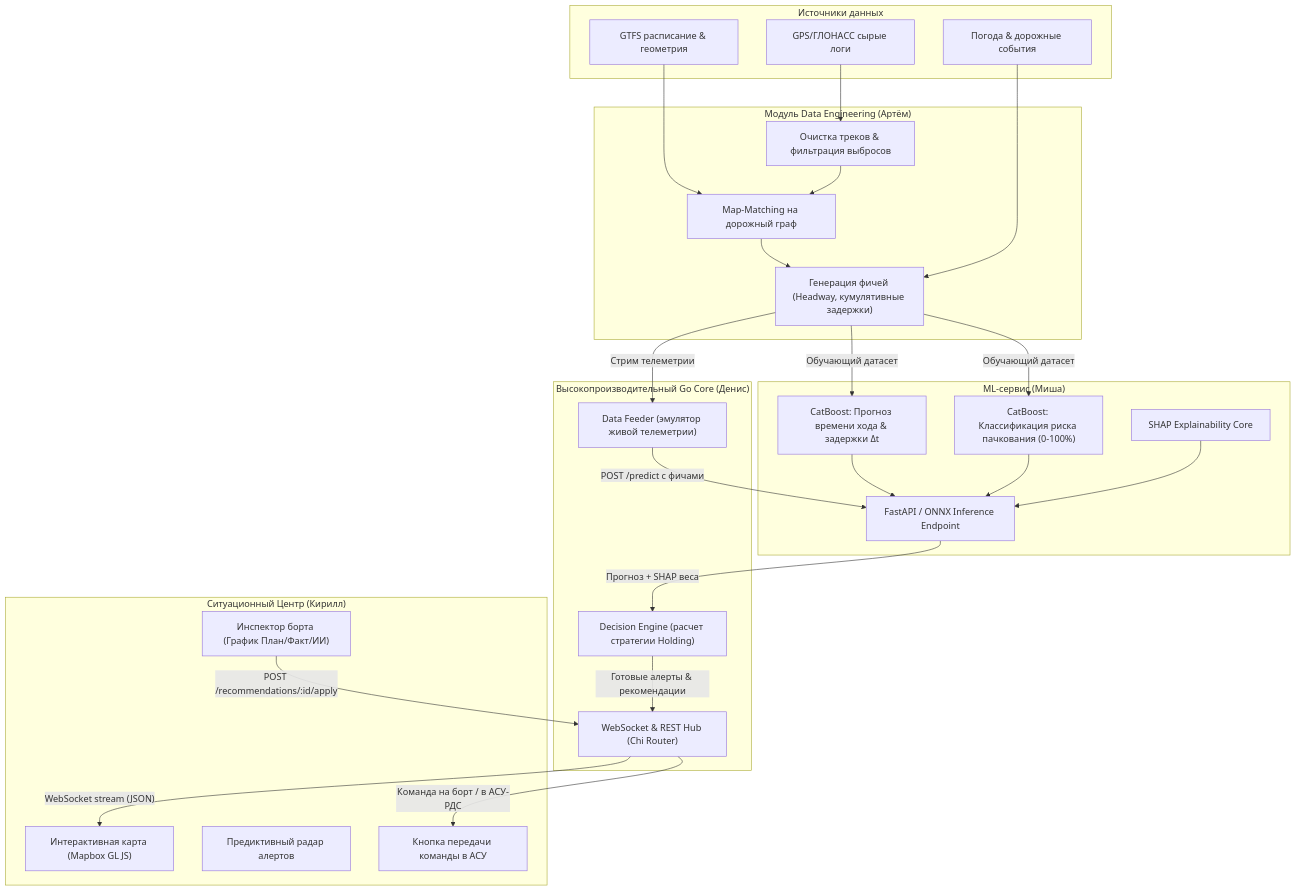
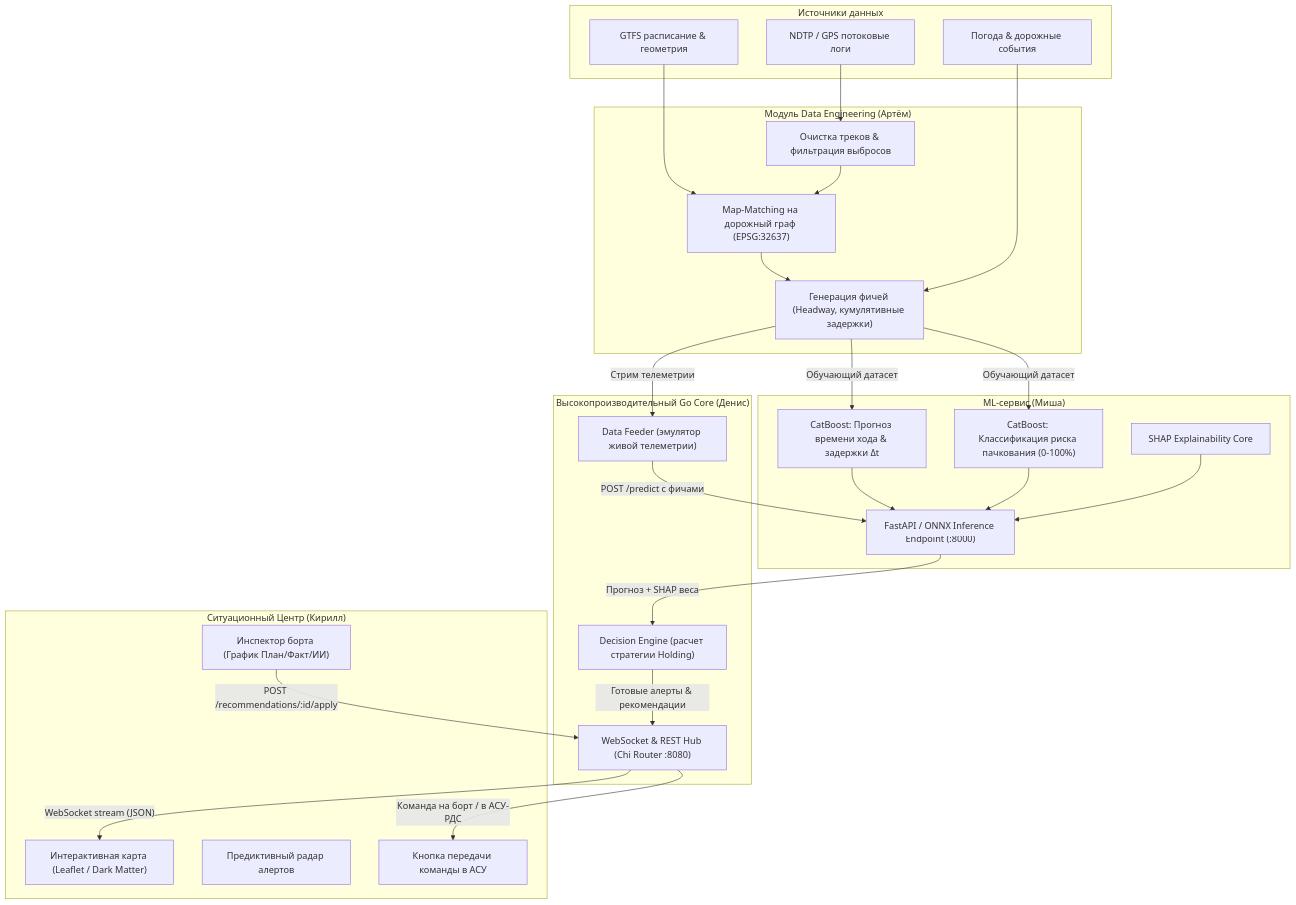
The first of 3 diagrams in docs/architecture.md (teamv39/mt-hack_predictor), drawn with Mermaid before and after one commit. The commit also changed other lines of this file and 6 other files, not shown here.

First line of the commit message:
feat(infra): configure Docker containerization and document architecture

````diff
--- a/docs/architecture.md
+++ b/docs/architecture.md
@@ -7,55 +7,55 @@
 ```mermaid
 graph TD
     subgraph Data Sources ["Источники данных"]
-        RawGPS["GPS/ГЛОНАСС сырые логи"]
+        RawGPS["NDTP / GPS потоковые логи"]
         GTFS["GTFS расписание & геометрия"]
         Weather["Погода & дорожные события"]
     end
 
     subgraph DataEngine ["Модуль Data Engineering (Артём)"]
         Clean["Очистка треков & фильтрация выбросов"]
-        MapMatch["Map-Matching на дорожный граф"]
+        MapMatch["Map-Matching на дорожный граф (EPSG:32637)"]
         FeatureGen["Генерация фичей (Headway, кумулятивные задержки)"]
     end
 
     subgraph MLEngine ["ML-сервис (Миша)"]
         CatBoostReg["CatBoost: Прогноз времени хода & задержки Δt"]
         CatBoostClf["CatBoost: Классификация риска пачкования (0-100%)"]
         SHAP["SHAP Explainability Core"]
-        FastAPI["FastAPI / ONNX Inference Endpoint"]
+        FastAPI["FastAPI / ONNX Inference Endpoint (:8000)"]
     end
 
     subgraph GoBackend ["Высокопроизводительный Go Core (Денис)"]
         Feeder["Data Feeder (эмулятор живой телеметрии)"]
         DecEngine["Decision Engine (расчет стратегии Holding)"]
-        Broadcaster["WebSocket & REST Hub (Chi Router)"]
+        Broadcaster["WebSocket & REST Hub (Chi Router :8080)"]
     end
 
     subgraph Frontend ["Ситуационный Центр (Кирилл)"]
-        MapBox["Интерактивная карта (Mapbox GL JS)"]
+        MapBox["Интерактивная карта (Leaflet / Dark Matter)"]
         Radar["Предиктивный радар алертов"]
         Inspector["Инспектор борта (График План/Факт/ИИ)"]
         ActionCTA["Кнопка передачи команды в АСУ"]
     end
 
     RawGPS --> Clean
     GTFS --> MapMatch
     Clean --> MapMatch
     MapMatch --> FeatureGen
     Weather --> FeatureGen
 
     FeatureGen -->|Обучающий датасет| CatBoostReg
     FeatureGen -->|Обучающий датасет| CatBoostClf
     CatBoostReg --> FastAPI
     CatBoostClf --> FastAPI
     SHAP --> FastAPI
 
     FeatureGen -->|Стрим телеметрии| Feeder
     Feeder -->|"POST /predict с фичами"| FastAPI
     FastAPI -->|"Прогноз + SHAP веса"| DecEngine
     DecEngine -->|"Готовые алерты & рекомендации"| Broadcaster
 
     Broadcaster -->|"WebSocket stream (JSON)"| MapBox
     Inspector -->|"POST /recommendations/:id/apply"| Broadcaster
     Broadcaster -->|"Команда на борт / в АСУ-РДС"| ActionCTA
 ```
````
